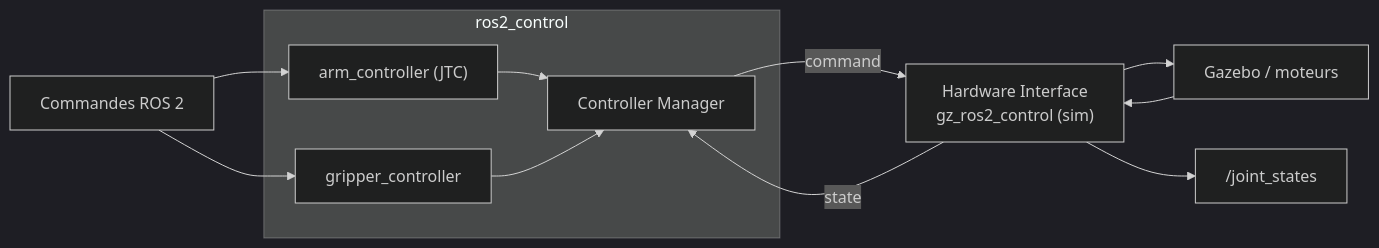
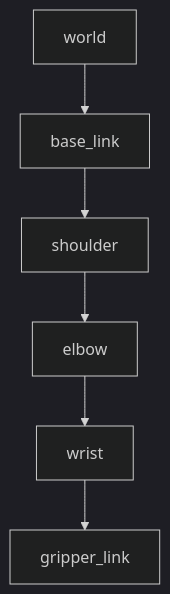
One commit to EtienneSchmitz/ros2_course changed the first of 2 diagrams in apps/slides/jour3/slides.md. Above: the diagram before and after it, drawn with Mermaid (dark theme). The commit also changed other lines of this file and 3 other files, not shown here.

````diff
--- a/apps/slides/jour3/slides.md
+++ b/apps/slides/jour3/slides.md
@@ -76,14 +535,8 @@
 ```mermaid
-flowchart LR
-  cmd["Commandes ROS 2"] --> arm["arm_controller (JTC)"]
-  cmd --> grip["gripper_controller"]
-  subgraph rc["ros2_control"]
-    arm --> cm["Controller Manager"]
-    grip --> cm
-  end
-  cm -->|command| hw["Hardware Interface<br/>gz_ros2_control (sim)"]
-  hw -->|state| cm
-  hw --> robot["Gazebo / moteurs"]
-  robot --> hw
-  hw --> js["/joint_states"]
+flowchart TD
+  world --> base["base_link"]
+  base --> sh["shoulder"]
+  sh --> el["elbow"]
+  el --> wr["wrist"]
+  wr --> grip["gripper_link"]
 ```
````
